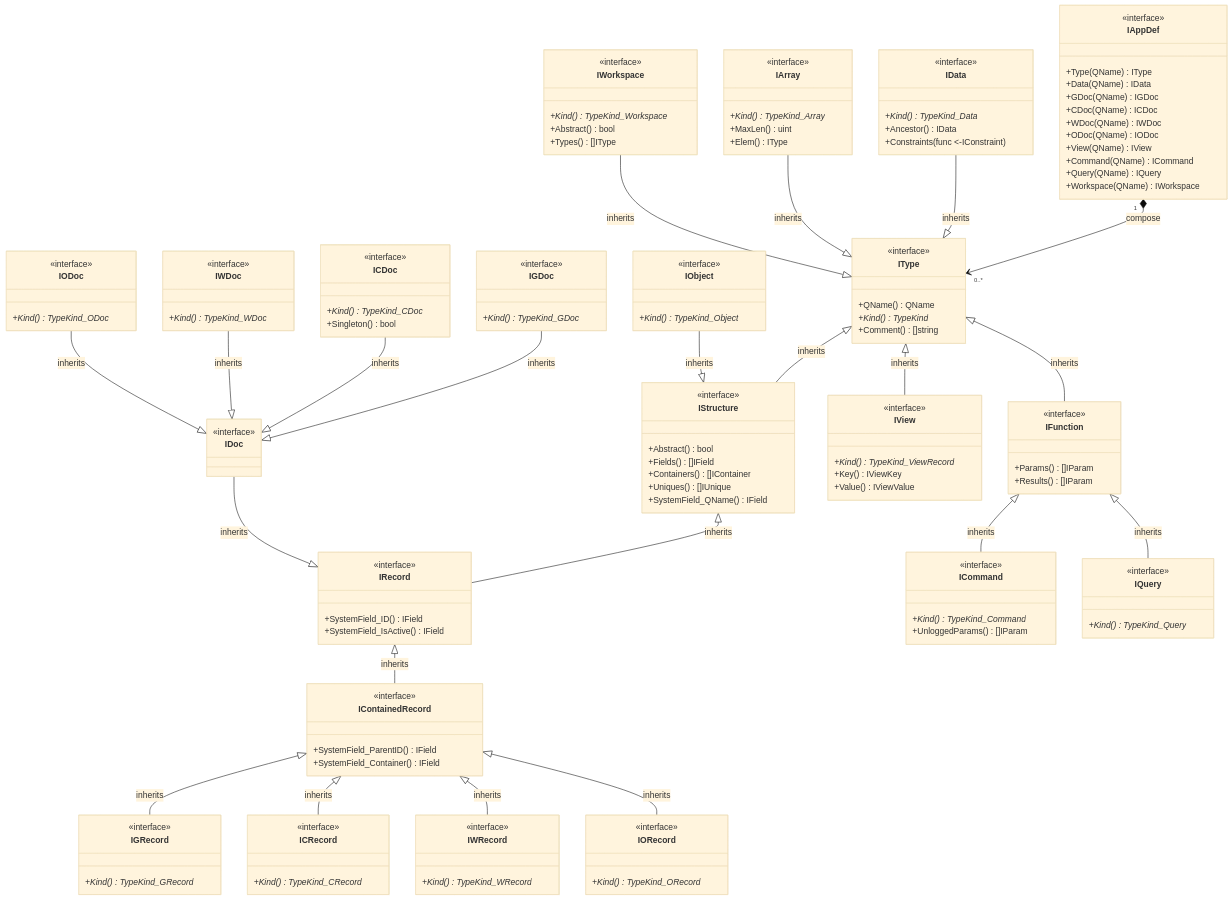
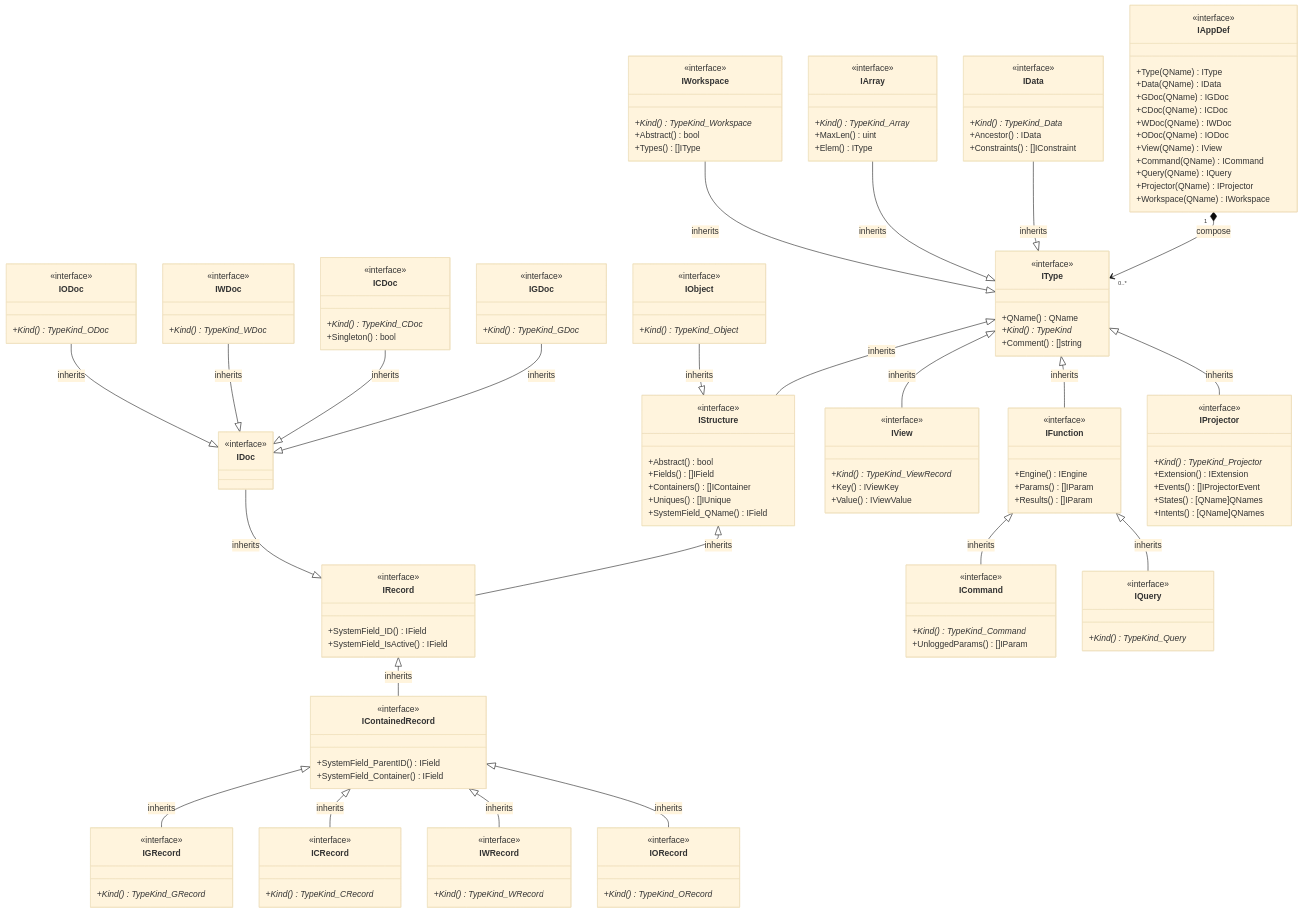
One commit to voedger/voedger changed the first of 7 diagrams in pkg/appdef/README.md. Above: the diagram before and after it, drawn with Mermaid (base theme). The commit also changed other lines of this file, not shown here.

```diff
--- a/pkg/appdef/README.md
+++ b/pkg/appdef/README.md
@@ -19,6 +19,7 @@
         +View(QName) IView
         +Command(QName) ICommand
         +Query(QName) IQuery
+        +Projector(QName) IProjector
         +Workspace(QName) IWorkspace
     }
     IAppDef "1" *--> "0..*" IType : compose
@@ -35,7 +36,7 @@
         <<interface>>
         +Kind()* TypeKind_Data
         +Ancestor() IData
-        +Constraints(func <-IConstraint)
+        +Constraints() []IConstraint
     }
 
     IArray --|> IType : inherits
@@ -141,6 +142,7 @@
     IType <|-- IFunction : inherits
     class IFunction {
         <<interface>>
+        +Engine() IEngine
         +Params() []IParam
         +Results() []IParam
     }
@@ -158,6 +160,16 @@
         +Kind()* TypeKind_Query
     }
 
+    IType <|-- IProjector : inherits
+    class IProjector {
+        <<interface>>
+        +Kind()* TypeKind_Projector
+        +Extension() IExtension
+        +Events() []IProjectorEvent
+        +States() [QName]QNames
+        +Intents() [QName]QNames
+    }
+
 
     IWorkspace --|> IType : inherits
     class IWorkspace {
```
